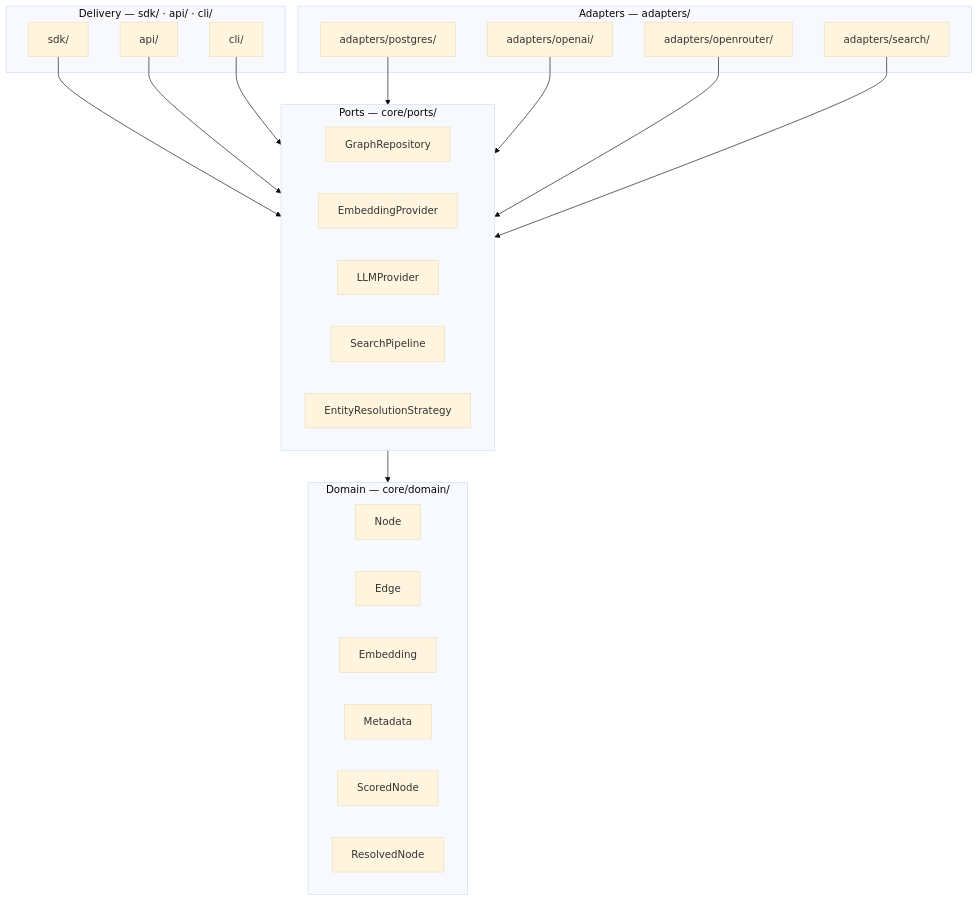
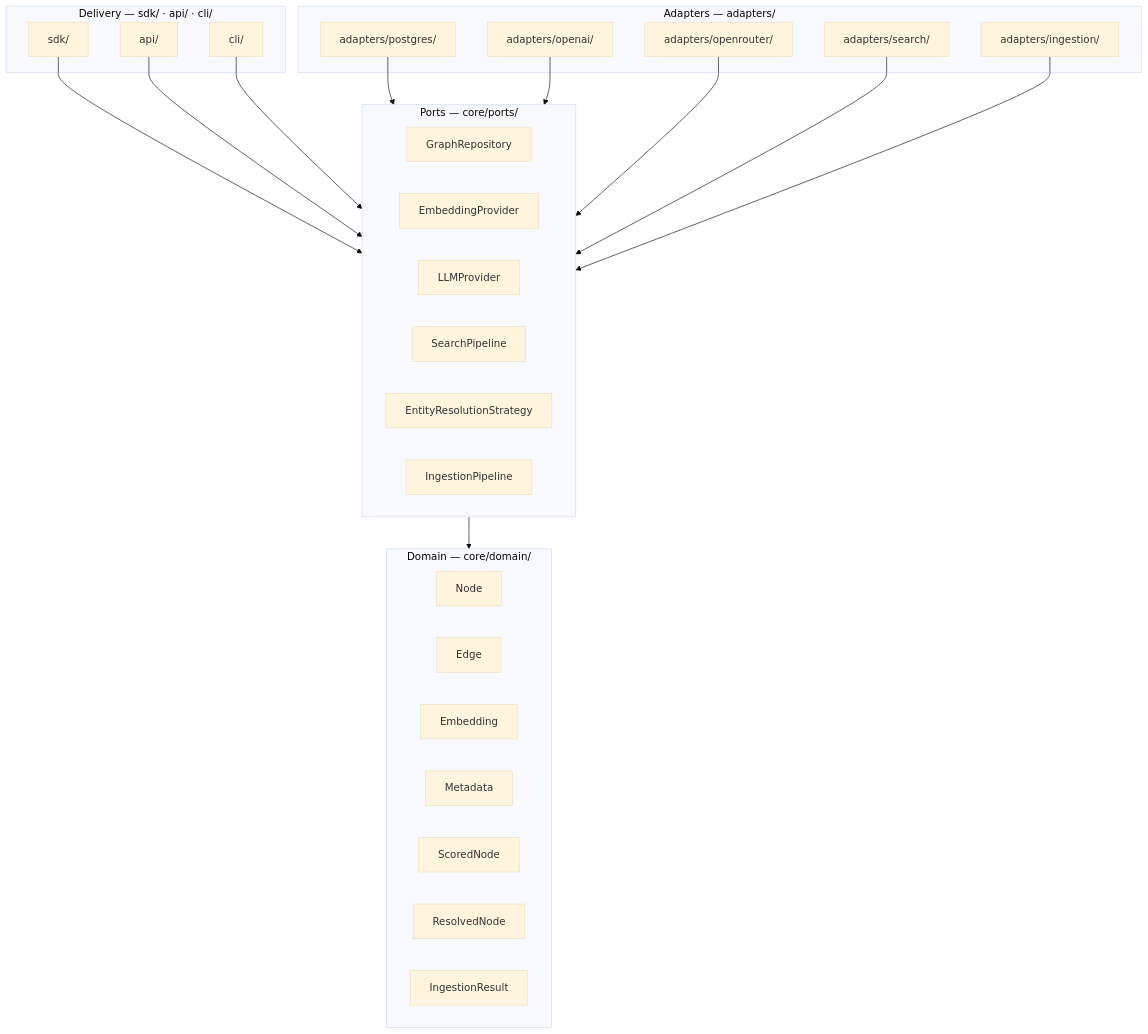
One commit to unifrancouni/depth-graph-search changed the diagram in docs/architecture/layers.md. Above: the diagram before and after it, drawn with Mermaid (base theme). The commit also changed other lines of this file and 5 other files, not shown here.

Commit message:
docs: update architecture, changelog, and flows for SDD-05

````diff
--- a/docs/architecture/layers.md
+++ b/docs/architecture/layers.md
@@ -11,41 +11,45 @@
 ```mermaid
 graph TD
     subgraph Delivery["Delivery — sdk/ · api/ · cli/"]
         SDK[sdk/]
         API[api/]
         CLI[cli/]
     end
 
     subgraph Adapters["Adapters — adapters/"]
         PGR[adapters/postgres/]
         OAI[adapters/openai/]
         ORI[adapters/openrouter/]
         SRH[adapters/search/]
+        ING[adapters/ingestion/]
     end
 
     subgraph AppPorts["Ports — core/ports/"]
         GRP[GraphRepository]
         EMP[EmbeddingProvider]
         LLP[LLMProvider]
         SPS[SearchPipeline]
         ERS[EntityResolutionStrategy]
+        IGP[IngestionPipeline]
     end
 
     subgraph Domain["Domain — core/domain/"]
         Node[Node]
         Edge[Edge]
         Emb[Embedding]
         Meta[Metadata]
         SN[ScoredNode]
         RN[ResolvedNode]
+        IR[IngestionResult]
     end
 
     SDK --> AppPorts
     API --> AppPorts
     CLI --> AppPorts
     PGR --> AppPorts
     OAI --> AppPorts
     ORI --> AppPorts
     SRH --> AppPorts
+    ING --> AppPorts
     AppPorts --> Domain
 ```
````
